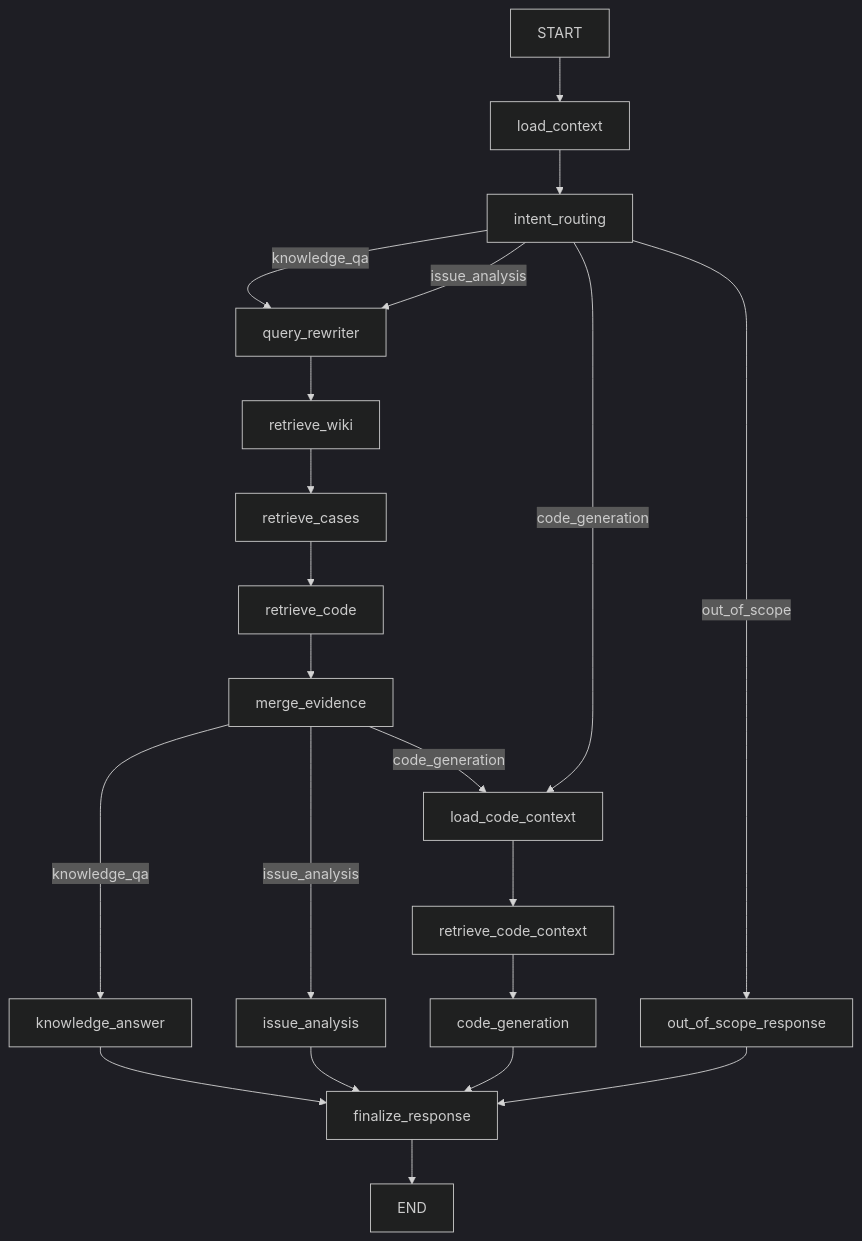
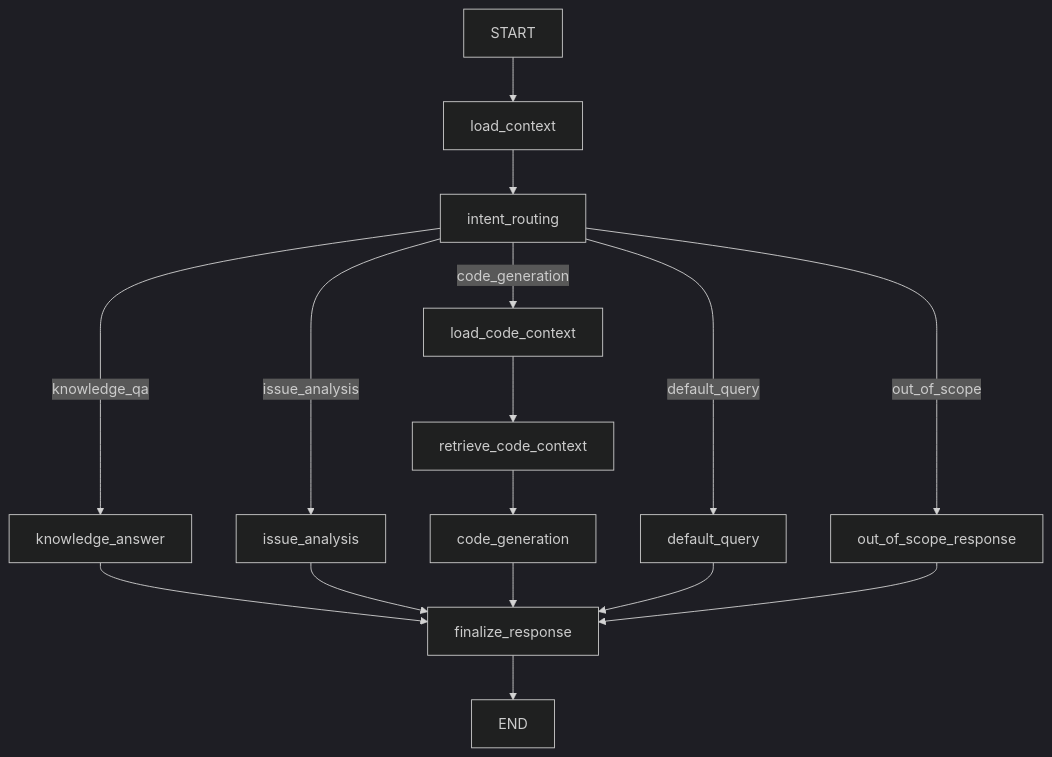
Before and after one commit to Ocean52-XIE/dsp_agent: the diagram in README.md, drawn with Mermaid (dark theme). The commit also changed other lines of this file and 1 other file, not shown here.

````diff
--- a/README.md
+++ b/README.md
@@ -23,24 +102,20 @@
 ```mermaid
 flowchart TD
     START --> load_context --> intent_routing
 
-    intent_routing -->|knowledge_qa| query_rewriter
-    intent_routing -->|issue_analysis| query_rewriter
+    intent_routing -->|knowledge_qa| knowledge_answer
+    intent_routing -->|issue_analysis| issue_analysis
     intent_routing -->|code_generation| load_code_context
+    intent_routing -->|default_query| default_query
     intent_routing -->|out_of_scope| out_of_scope_response
-
-    query_rewriter --> retrieve_wiki --> retrieve_cases --> retrieve_code --> merge_evidence
-
-    merge_evidence -->|knowledge_qa| knowledge_answer
-    merge_evidence -->|issue_analysis| issue_analysis
-    merge_evidence -->|code_generation| load_code_context
 
     load_code_context --> retrieve_code_context --> code_generation
 
     knowledge_answer --> finalize_response
     issue_analysis --> finalize_response
+    code_generation --> finalize_response
+    default_query --> finalize_response
     out_of_scope_response --> finalize_response
-    code_generation --> finalize_response
 
     finalize_response --> END
 ```
````
